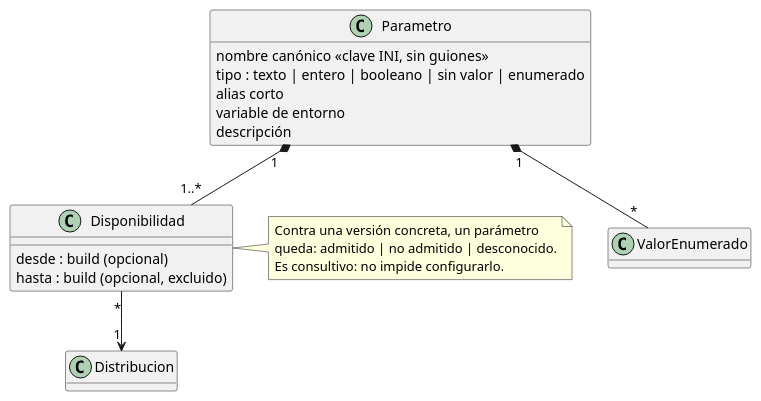
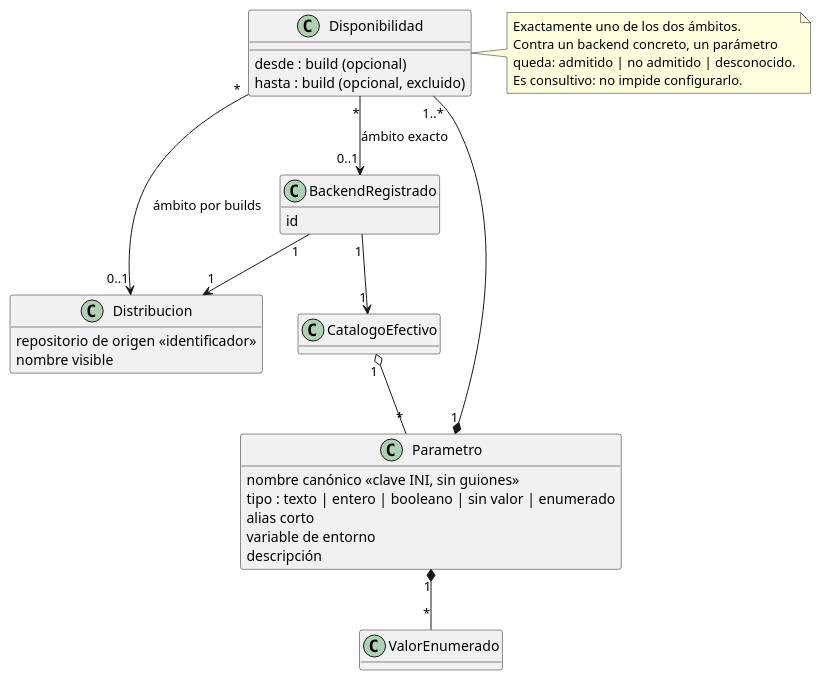
Before and after one commit to mstranich/coquena: the first of 2 diagrams in docs/catalogo-de-parametros.md, drawn with PlantUML. The commit also changed other lines of this file and 3 other files, not shown here.

````diff
--- a/docs/catalogo-de-parametros.md
+++ b/docs/catalogo-de-parametros.md
@@ -16,29 +25,41 @@
 ```plantuml
 @startuml
 hide empty methods
 
 class Parametro {
   nombre canónico <<clave INI, sin guiones>>
   tipo : texto | entero | booleano | sin valor | enumerado
   alias corto
   variable de entorno
   descripción
 }
 class Disponibilidad {
   desde : build (opcional)
   hasta : build (opcional, excluido)
 }
-class Distribucion
+class Distribucion {
+  repositorio de origen <<identificador>>
+  nombre visible
+}
+class BackendRegistrado {
+  id
+}
 class ValorEnumerado
 
 Parametro "1" *-- "1..*" Disponibilidad
-Disponibilidad "*" --> "1" Distribucion
+Disponibilidad "*" --> "0..1" Distribucion : ámbito por builds
+Disponibilidad "*" --> "0..1" BackendRegistrado : ámbito exacto
+BackendRegistrado "1" --> "1" Distribucion
+BackendRegistrado "1" --> "1" CatalogoEfectivo
+class CatalogoEfectivo
+CatalogoEfectivo "1" o-- "*" Parametro
 Parametro "1" *-- "*" ValorEnumerado
 
 note right of Disponibilidad
-  Contra una versión concreta, un parámetro
+  Exactamente uno de los dos ámbitos.
+  Contra un backend concreto, un parámetro
   queda: admitido | no admitido | desconocido.
   Es consultivo: no impide configurarlo.
 end note
 @enduml
 ```
````
